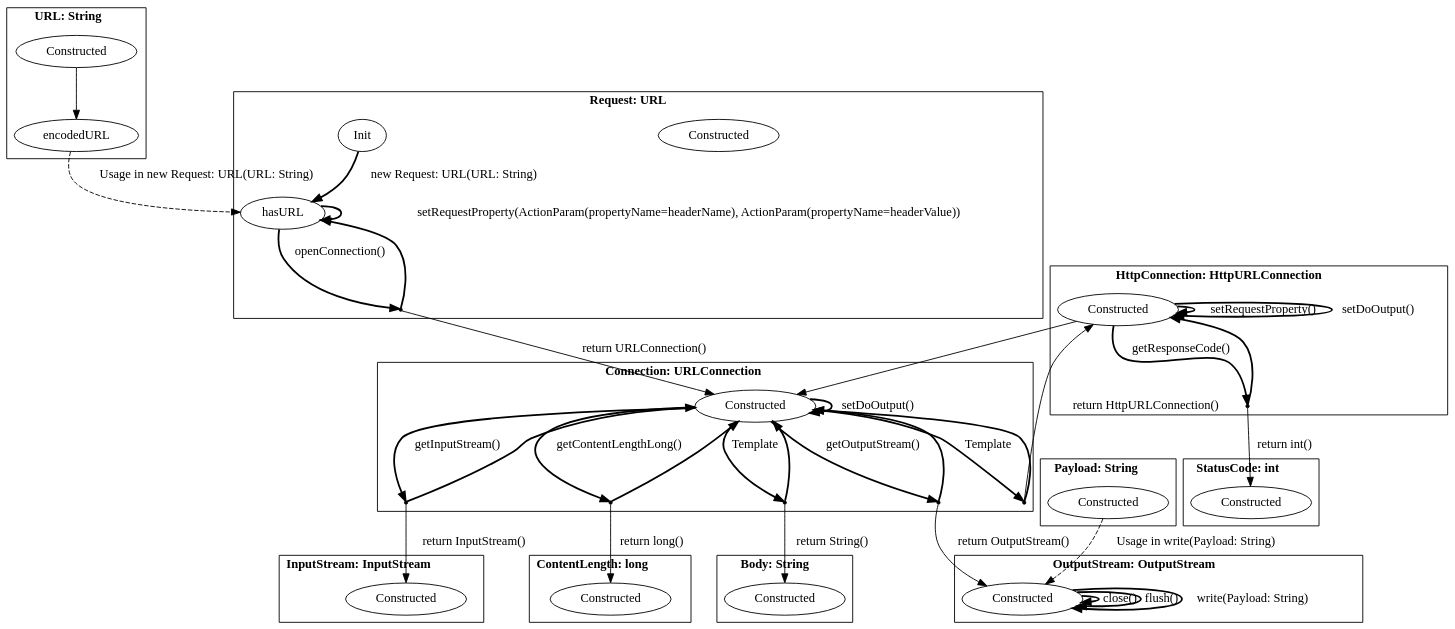
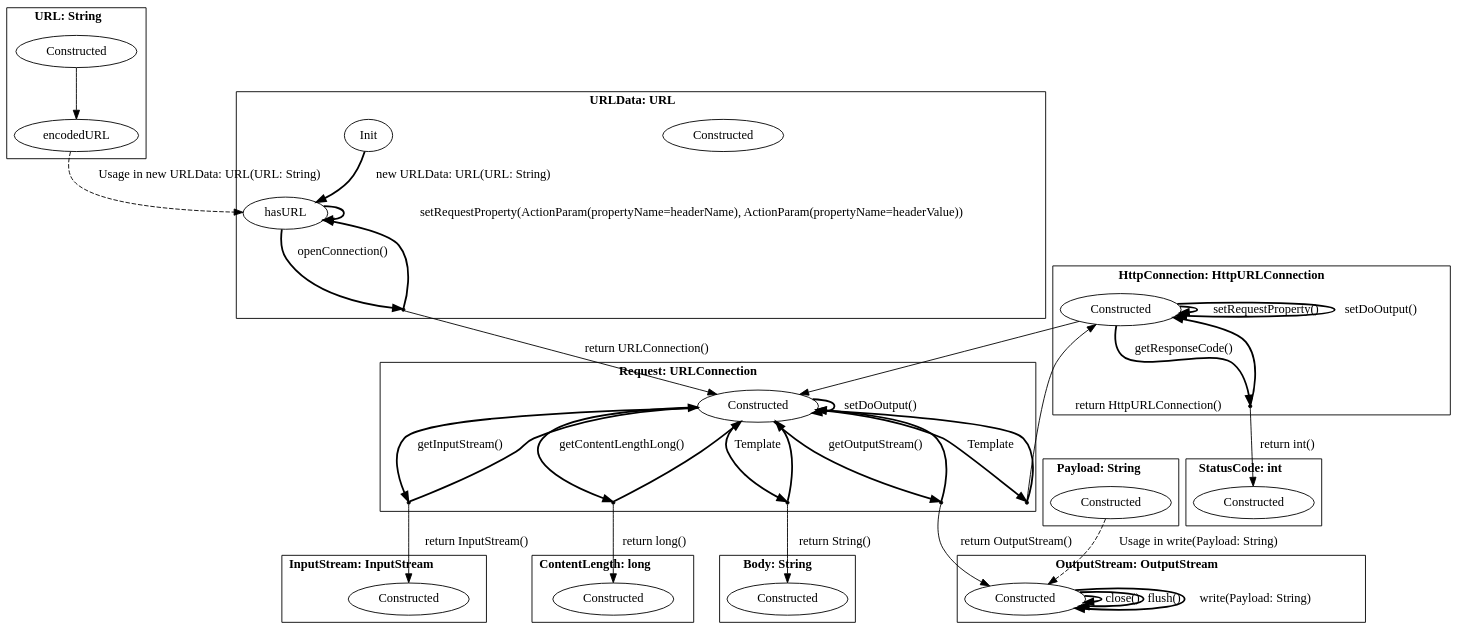
The diagram in pictures/java.dot (h31/LibraryMigration), drawn with Graphviz before and after one commit. The commit also changed 11 other files, not shown here.

```diff
--- a/pictures/java.dot
+++ b/pictures/java.dot
@@ -1,86 +1,86 @@
 digraph G {
     bgcolor="transparent";
     subgraph cluster0 {
     label = <<B>URL: String</B>>;
         Constructed_URL [ label="Constructed" ];
         encodedURL_URL [ label="encodedURL" ];
     }
     subgraph cluster1 {
-    label = <<B>Request: URL</B>>;
-        Constructed_Request [ label="Constructed" ];
-        hasURL_Request [ label="hasURL" ];
-        Init_Request [ label="Init" ];
+    label = <<B>URLData: URL</B>>;
+        Constructed_URLData [ label="Constructed" ];
+        hasURL_URLData [ label="hasURL" ];
+        Init_URLData [ label="Init" ];
         virtual0 [ shape = point ];
     }
     subgraph cluster2 {
-    label = <<B>Connection: URLConnection</B>>;
-        Constructed_Connection [ label="Constructed" ];
+    label = <<B>Request: URLConnection</B>>;
+        Constructed_Request [ label="Constructed" ];
         virtual1 [ shape = point ];
         virtual2 [ shape = point ];
         virtual3 [ shape = point ];
         virtual4 [ shape = point ];
         virtual5 [ shape = point ];
     }
     subgraph cluster3 {
     label = <<B>Body: String</B>>;
         Constructed_Body [ label="Constructed" ];
     }
     subgraph cluster4 {
     label = <<B>InputStream: InputStream</B>>;
         Constructed_InputStream [ label="Constructed" ];
     }
     subgraph cluster5 {
     label = <<B>ContentLength: long</B>>;
         Constructed_ContentLength [ label="Constructed" ];
     }
     subgraph cluster6 {
     label = <<B>StatusCode: int</B>>;
         Constructed_StatusCode [ label="Constructed" ];
     }
     subgraph cluster7 {
     label = <<B>HttpConnection: HttpURLConnection</B>>;
         Constructed_HttpConnection [ label="Constructed" ];
         virtual6 [ shape = point ];
     }
     subgraph cluster8 {
     label = <<B>OutputStream: OutputStream</B>>;
         Constructed_OutputStream [ label="Constructed" ];
     }
     subgraph cluster9 {
     label = <<B>Payload: String</B>>;
         Constructed_Payload [ label="Constructed" ];
     }
         Constructed_URL -> encodedURL_URL [ label="", style = "solid"  ];
-        encodedURL_URL -> hasURL_Request [ label="Usage in new Request: URL(URL: String)", style = "dashed"  ];
-        Init_Request -> hasURL_Request [ label="new Request: URL(URL: String)", style = "bold"  ];
-        hasURL_Request -> virtual0 [ style = "bold" label="openConnection()"  ];
-        virtual0 -> hasURL_Request [ style = "bold"  ];
-        virtual0 -> Constructed_Connection [ label="return URLConnection()"  ];
-        Constructed_Connection -> virtual1 [ style = "bold" label="Template"  ];
-        virtual1 -> Constructed_Connection [ style = "bold"  ];
+        encodedURL_URL -> hasURL_URLData [ label="Usage in new URLData: URL(URL: String)", style = "dashed"  ];
+        Init_URLData -> hasURL_URLData [ label="new URLData: URL(URL: String)", style = "bold"  ];
+        hasURL_URLData -> virtual0 [ style = "bold" label="openConnection()"  ];
+        virtual0 -> hasURL_URLData [ style = "bold"  ];
+        virtual0 -> Constructed_Request [ label="return URLConnection()"  ];
+        Constructed_Request -> virtual1 [ style = "bold" label="Template"  ];
+        virtual1 -> Constructed_Request [ style = "bold"  ];
         virtual1 -> Constructed_Body [ label="return String()"  ];
-        Constructed_Connection -> virtual2 [ style = "bold" label="getInputStream()"  ];
-        virtual2 -> Constructed_Connection [ style = "bold"  ];
+        Constructed_Request -> virtual2 [ style = "bold" label="getInputStream()"  ];
+        virtual2 -> Constructed_Request [ style = "bold"  ];
         virtual2 -> Constructed_InputStream [ label="return InputStream()"  ];
-        hasURL_Request -> hasURL_Request [ label="setRequestProperty(ActionParam(propertyName&#x3D;headerName), ActionParam(propertyName&#x3D;headerValue))", style = "bold"  ];
-        Constructed_Connection -> Constructed_Connection [ label="setDoOutput()", style = "bold"  ];
-        Constructed_Connection -> virtual3 [ style = "bold" label="getContentLengthLong()"  ];
-        virtual3 -> Constructed_Connection [ style = "bold"  ];
+        hasURL_URLData -> hasURL_URLData [ label="setRequestProperty(ActionParam(propertyName&#x3D;headerName), ActionParam(propertyName&#x3D;headerValue))", style = "bold"  ];
+        Constructed_Request -> Constructed_Request [ label="setDoOutput()", style = "bold"  ];
+        Constructed_Request -> virtual3 [ style = "bold" label="getContentLengthLong()"  ];
+        virtual3 -> Constructed_Request [ style = "bold"  ];
         virtual3 -> Constructed_ContentLength [ label="return long()"  ];
-        Constructed_Connection -> virtual4 [ style = "bold" label="getOutputStream()"  ];
-        virtual4 -> Constructed_Connection [ style = "bold"  ];
+        Constructed_Request -> virtual4 [ style = "bold" label="getOutputStream()"  ];
+        virtual4 -> Constructed_Request [ style = "bold"  ];
         virtual4 -> Constructed_OutputStream [ label="return OutputStream()"  ];
-        Constructed_Connection -> virtual5 [ style = "bold" label="Template"  ];
-        virtual5 -> Constructed_Connection [ style = "bold"  ];
+        Constructed_Request -> virtual5 [ style = "bold" label="Template"  ];
+        virtual5 -> Constructed_Request [ style = "bold"  ];
         virtual5 -> Constructed_HttpConnection [ label="return HttpURLConnection()"  ];
-        Constructed_HttpConnection -> Constructed_Connection [ label="", style = "solid"  ];
+        Constructed_HttpConnection -> Constructed_Request [ label="", style = "solid"  ];
         Constructed_HttpConnection -> virtual6 [ style = "bold" label="getResponseCode()"  ];
         virtual6 -> Constructed_HttpConnection [ style = "bold"  ];
         virtual6 -> Constructed_StatusCode [ label="return int()"  ];
         Constructed_HttpConnection -> Constructed_HttpConnection [ label="setRequestProperty()", style = "bold"  ];
         Constructed_HttpConnection -> Constructed_HttpConnection [ label="setDoOutput()", style = "bold"  ];
         Constructed_OutputStream -> Constructed_OutputStream [ label="close()", style = "bold"  ];
         Constructed_OutputStream -> Constructed_OutputStream [ label="flush()", style = "bold"  ];
         Constructed_OutputStream -> Constructed_OutputStream [ label="write(Payload: String)", style = "bold"  ];
         Constructed_Payload -> Constructed_OutputStream [ label="Usage in write(Payload: String)", style = "dashed"  ];
 }
```
